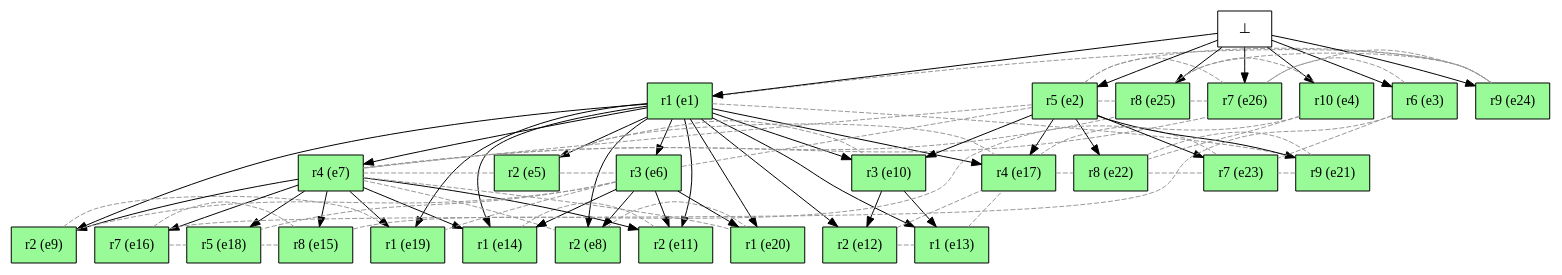
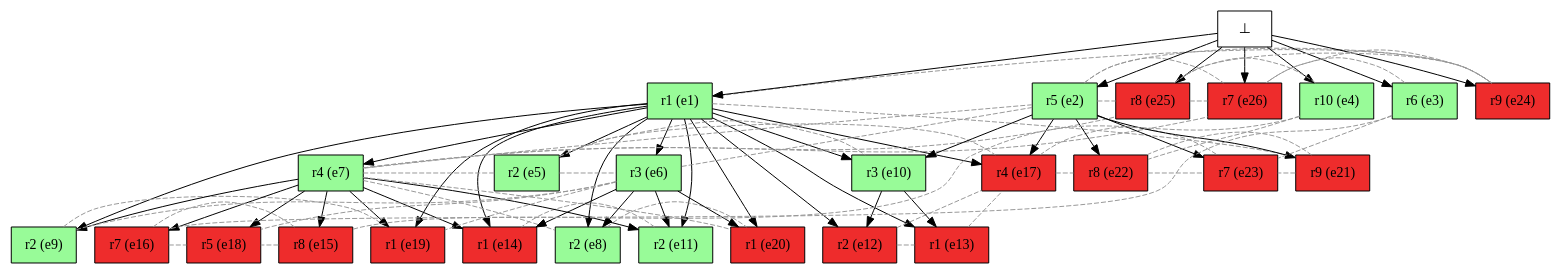
One commit to giannkas/ecofolder changed the diagram in examples/protists_ev_pr.dot. Above: the diagram before and after it, drawn with Graphviz. The commit also changed 12 other files, not shown here.

```diff
--- a/examples/protists_ev_pr.dot
+++ b/examples/protists_ev_pr.dot
@@ -1,111 +1,111 @@
 digraph test {
   e1 -> e12;
   e1 -> e11;
   e1 -> e13;
   e1 -> e14;
   e1 -> e9;
   e1 -> e8;
   e1 -> e19;
   e1 -> e20;
   e1 -> e5;
   e1 -> e17;
   e1 -> e7;
   e1 -> e10;
   e1 -> e6;
   e2 -> e10;
   e2 -> e17;
   e2 -> e21;
   e2 -> e22;
   e2 -> e23;
   e6 -> e14;
   e6 -> e20;
   e6 -> e11;
   e6 -> e8;
   e7 -> e14;
   e7 -> e19;
   e7 -> e11;
   e7 -> e9;
   e7 -> e15;
   e7 -> e16;
   e7 -> e18;
   e10 -> e13;
   e10 -> e12;
   e0 -> e1;
   e0 -> e2;
   e0 -> e3;
   e0 -> e4;
   e0 -> e24;
   e0 -> e25;
   e0 -> e26;
 
 //conflicts
   e1 -> e21 [arrowhead=none color=gray60 style=dashed constraint=false];
   e1 -> e24 [arrowhead=none color=gray60 style=dashed constraint=false];
   e2 -> e6 [arrowhead=none color=gray60 style=dashed constraint=false];
   e2 -> e7 [arrowhead=none color=gray60 style=dashed constraint=false];
   e2 -> e24 [arrowhead=none color=gray60 style=dashed constraint=false];
   e2 -> e25 [arrowhead=none color=gray60 style=dashed constraint=false];
   e2 -> e26 [arrowhead=none color=gray60 style=dashed constraint=false];
   e3 -> e16 [arrowhead=none color=gray60 style=dashed constraint=false];
   e3 -> e23 [arrowhead=none color=gray60 style=dashed constraint=false];
   e3 -> e26 [arrowhead=none color=gray60 style=dashed constraint=false];
   e4 -> e15 [arrowhead=none color=gray60 style=dashed constraint=false];
   e4 -> e22 [arrowhead=none color=gray60 style=dashed constraint=false];
   e4 -> e25 [arrowhead=none color=gray60 style=dashed constraint=false];
   e5 -> e6 [arrowhead=none color=gray60 style=dashed constraint=false];
   e5 -> e7 [arrowhead=none color=gray60 style=dashed constraint=false];
   e5 -> e10 [arrowhead=none color=gray60 style=dashed constraint=false];
   e5 -> e17 [arrowhead=none color=gray60 style=dashed constraint=false];
   e6 -> e9 [arrowhead=none color=gray60 style=dashed constraint=false];
   e6 -> e18 [arrowhead=none color=gray60 style=dashed constraint=false];
   e6 -> e19 [arrowhead=none color=gray60 style=dashed constraint=false];
   e7 -> e8 [arrowhead=none color=gray60 style=dashed constraint=false];
   e7 -> e20 [arrowhead=none color=gray60 style=dashed constraint=false];
   e7 -> e25 [arrowhead=none color=gray60 style=dashed constraint=false];
   e7 -> e26 [arrowhead=none color=gray60 style=dashed constraint=false];
   e8 -> e20 [arrowhead=none color=gray60 style=dashed constraint=false];
   e9 -> e19 [arrowhead=none color=gray60 style=dashed constraint=false];
   e11 -> e14 [arrowhead=none color=gray60 style=dashed constraint=false];
   e12 -> e13 [arrowhead=none color=gray60 style=dashed constraint=false];
   e12 -> e17 [arrowhead=none color=gray60 style=dashed constraint=false];
   e13 -> e17 [arrowhead=none color=gray60 style=dashed constraint=false];
   e15 -> e16 [arrowhead=none color=gray60 style=dashed constraint=false];
   e15 -> e18 [arrowhead=none color=gray60 style=dashed constraint=false];
   e16 -> e18 [arrowhead=none color=gray60 style=dashed constraint=false];
   e17 -> e22 [arrowhead=none color=gray60 style=dashed constraint=false];
   e17 -> e23 [arrowhead=none color=gray60 style=dashed constraint=false];
   e21 -> e22 [arrowhead=none color=gray60 style=dashed constraint=false];
   e21 -> e23 [arrowhead=none color=gray60 style=dashed constraint=false];
   e22 -> e23 [arrowhead=none color=gray60 style=dashed constraint=false];
   e24 -> e25 [arrowhead=none color=gray60 style=dashed constraint=false];
   e24 -> e26 [arrowhead=none color=gray60 style=dashed constraint=false];
   e25 -> e26 [arrowhead=none color=gray60 style=dashed constraint=false];
 
   e1 [fillcolor=palegreen label="r1 (e1)" shape=box style=filled];
   e2 [fillcolor=palegreen label="r5 (e2)" shape=box style=filled];
   e3 [fillcolor=palegreen label="r6 (e3)" shape=box style=filled];
   e4 [fillcolor=palegreen label="r10 (e4)" shape=box style=filled];
   e5 [fillcolor=palegreen label="r2 (e5)" shape=box style=filled];
   e6 [fillcolor=palegreen label="r3 (e6)" shape=box style=filled];
   e7 [fillcolor=palegreen label="r4 (e7)" shape=box style=filled];
   e8 [fillcolor=palegreen label="r2 (e8)" shape=box style=filled];
   e9 [fillcolor=palegreen label="r2 (e9)" shape=box style=filled];
   e10 [fillcolor=palegreen label="r3 (e10)" shape=box style=filled];
   e11 [fillcolor=palegreen label="r2 (e11)" shape=box style=filled];
-  e12 [fillcolor=palegreen label="r2 (e12)" shape=box style=filled];
-  e13 [fillcolor=palegreen label="r1 (e13)" shape=box style=filled];
-  e14 [fillcolor=palegreen label="r1 (e14)" shape=box style=filled];
-  e15 [fillcolor=palegreen label="r8 (e15)" shape=box style=filled];
-  e16 [fillcolor=palegreen label="r7 (e16)" shape=box style=filled];
-  e17 [fillcolor=palegreen label="r4 (e17)" shape=box style=filled];
-  e18 [fillcolor=palegreen label="r5 (e18)" shape=box style=filled];
-  e19 [fillcolor=palegreen label="r1 (e19)" shape=box style=filled];
-  e20 [fillcolor=palegreen label="r1 (e20)" shape=box style=filled];
-  e21 [fillcolor=palegreen label="r9 (e21)" shape=box style=filled];
-  e22 [fillcolor=palegreen label="r8 (e22)" shape=box style=filled];
-  e23 [fillcolor=palegreen label="r7 (e23)" shape=box style=filled];
-  e24 [fillcolor=palegreen label="r9 (e24)" shape=box style=filled];
-  e25 [fillcolor=palegreen label="r8 (e25)" shape=box style=filled];
-  e26 [fillcolor=palegreen label="r7 (e26)" shape=box style=filled];
+  e12 [fillcolor=firebrick2 label="r2 (e12)" shape=box style=filled];
+  e13 [fillcolor=firebrick2 label="r1 (e13)" shape=box style=filled];
+  e14 [fillcolor=firebrick2 label="r1 (e14)" shape=box style=filled];
+  e15 [fillcolor=firebrick2 label="r8 (e15)" shape=box style=filled];
+  e16 [fillcolor=firebrick2 label="r7 (e16)" shape=box style=filled];
+  e17 [fillcolor=firebrick2 label="r4 (e17)" shape=box style=filled];
+  e18 [fillcolor=firebrick2 label="r5 (e18)" shape=box style=filled];
+  e19 [fillcolor=firebrick2 label="r1 (e19)" shape=box style=filled];
+  e20 [fillcolor=firebrick2 label="r1 (e20)" shape=box style=filled];
+  e21 [fillcolor=firebrick2 label="r9 (e21)" shape=box style=filled];
+  e22 [fillcolor=firebrick2 label="r8 (e22)" shape=box style=filled];
+  e23 [fillcolor=firebrick2 label="r7 (e23)" shape=box style=filled];
+  e24 [fillcolor=firebrick2 label="r9 (e24)" shape=box style=filled];
+  e25 [fillcolor=firebrick2 label="r8 (e25)" shape=box style=filled];
+  e26 [fillcolor=firebrick2 label="r7 (e26)" shape=box style=filled];
   e0 [fillcolor=white label="⊥" shape=box style=filled];
 }
```
